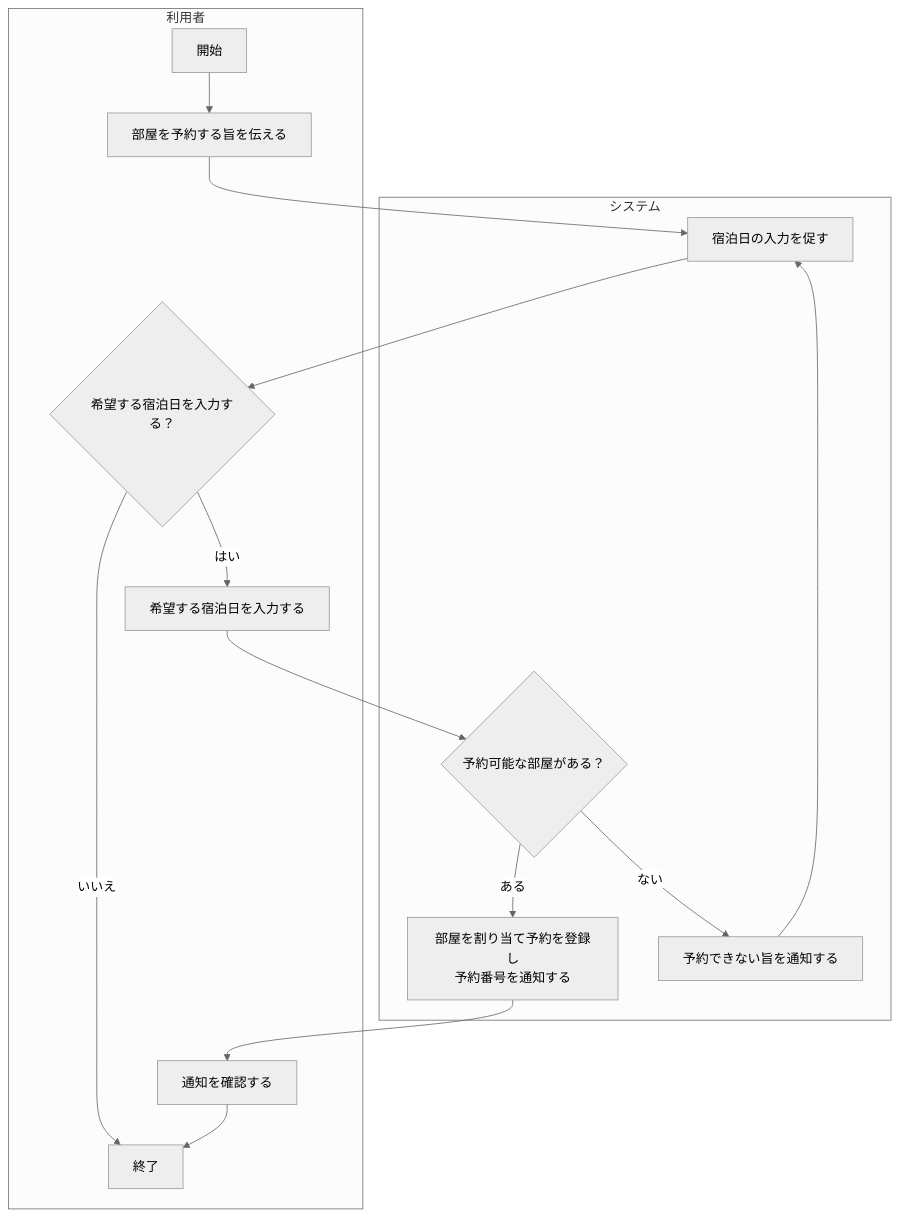
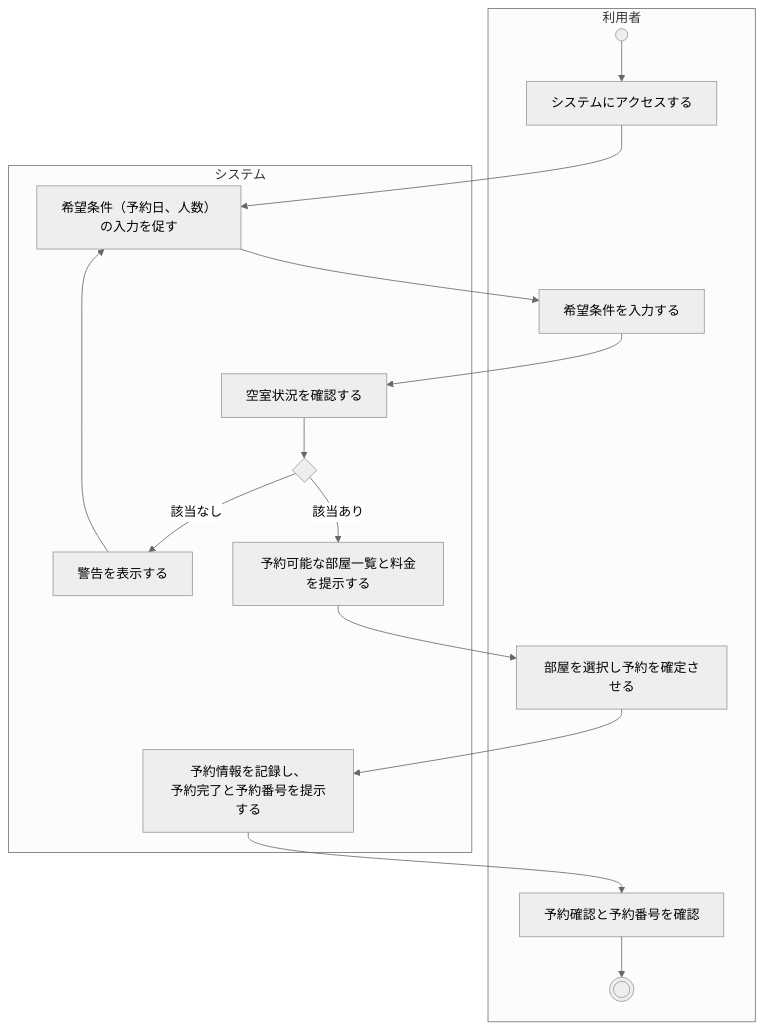
One commit to Kohki-tyl/HRS changed the second of 4 diagrams in Requirements_Analysis.md. Above: the diagram before and after it, drawn with Mermaid (neutral theme). The commit also changed other lines of this file, not shown here.

Commit message:
ユースケース図、アクティビティ図の訂正。

````diff
--- a/Requirements_Analysis.md
+++ b/Requirements_Analysis.md
@@ -150,22 +155,37 @@
 ```mermaid
 flowchart TD
     subgraph U[利用者]
-        A0[開始]
-        A1[部屋を予約する旨を伝える]
-        A3{希望する宿泊日を入力する？}
-        A4[希望する宿泊日を入力する]
-        A8[通知を確認する]
-        A9[終了]
+        A0(( )) --> A1[システムにアクセスする]
+        A4[希望条件を入力する]
+        %%入力しない場合は終了
+        A9[部屋を選択し予約を確定させる]
+        A11[予約確認と予約番号を確認] --> A12((( )))
     end
+
     subgraph S[システム]
-        A2[宿泊日の入力を促す]
-        A5{予約可能な部屋がある？}
-        A6[部屋を割り当て予約を登録し<br/>予約番号を通知する]
-        A7[予約できない旨を通知する]
+        A2[希望条件（予約日、人数）<br/>の入力を促す]
+        A5[空室状況を確認する]
+        A6{ }
+        A7[予約可能な部屋一覧と料金を提示する]
+        A8[警告を表示する]
+        A10[予約情報を記録し、<br/>予約完了と予約番号を提示する]
     end
-    A0 --> A1 --> A2 --> A3
-    A3 -->|はい| A4 --> A5
-    A3 -->|いいえ| A9
-    A5 -->|ある| A6 --> A8 --> A9
-    A5 -->|ない| A7 --> A2
+
+    %% スイムレーン間およびノード間のコントロールフロー
+    A1 --> A2
+    A2 --> A4
+    A4 --> A5
+    A5 --> A6
+    
+    %% 条件分岐（空室状況の確認結果）
+    A6 -->|該当あり| A7
+    A6 -->|該当なし| A8
+    
+    %% ループ（警告表示から再入力の促しへ）
+    A8 --> A2
+    
+    %% 予約確定から完了への流れ
+    A7 --> A9
+    A9 --> A10
+    A10 --> A11
 ```
````
